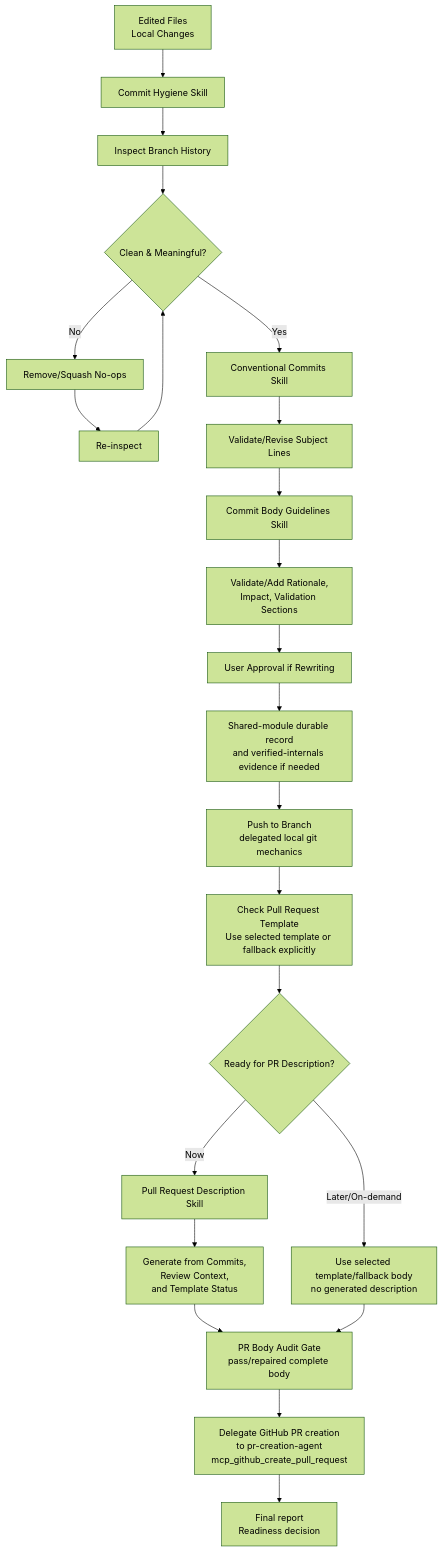
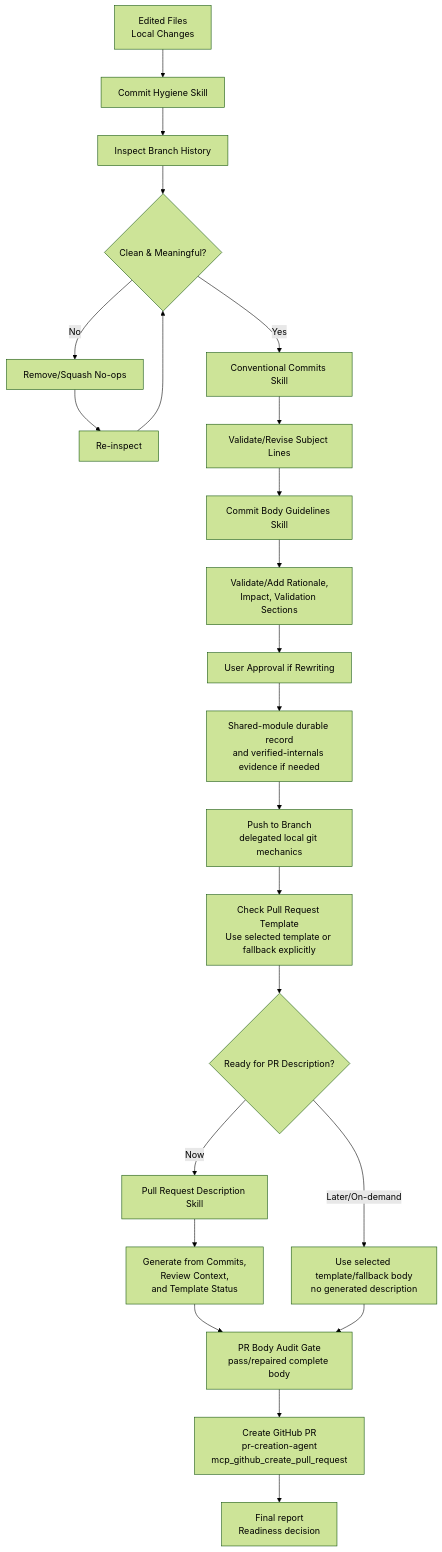
Before and after one commit to sjinks/agentic-engineering-pack: the seventh of 7 diagrams in agentic-engineering/docs/README.md, drawn with Mermaid (forest theme). The commit also changed other lines of this file and 8 other files, not shown here.

````diff
--- a/agentic-engineering/docs/README.md
+++ b/agentic-engineering/docs/README.md
@@ -303,25 +303,25 @@
 ```mermaid
 graph TD
     A["Edited Files<br/>Local Changes"] --> B["Commit Hygiene Skill"]
     B --> C["Inspect Branch History"]
     C --> D{Clean & Meaningful?}
     D -->|No| E["Remove/Squash No-ops"]
     E --> F["Re-inspect"]
     F --> D
     D -->|Yes| G["Conventional Commits Skill"]
     G --> H["Validate/Revise Subject Lines"]
     H --> I["Commit Body Guidelines Skill"]
     I --> J["Validate/Add Rationale,<br/>Impact, Validation Sections"]
     J --> K["User Approval if Rewriting"]
     K --> L["Shared-module durable record<br/>and verified-internals evidence if needed"]
     L --> M["Push to Branch<br/>delegated local git mechanics"]
     M --> N["Check Pull Request Template<br/>Use selected template or fallback explicitly"]
     N --> O{Ready for PR Description?}
     O -->|Later/On-demand| P["Use selected template/fallback body<br/>no generated description"]
     O -->|Now| Q["Pull Request Description Skill"]
     Q --> R["Generate from Commits,<br/>Review Context,<br/>and Template Status"]
     R --> S["PR Body Audit Gate<br/>pass/repaired complete body"]
     P --> S
-    S --> T["Delegate GitHub PR creation<br/>to pr-creation-agent<br/>mcp_github_create_pull_request"]
+    S --> T["Create GitHub PR<br/>pr-creation-agent<br/>mcp_github_create_pull_request"]
     T --> U["Final report<br/>Readiness decision"]
 ```
````
